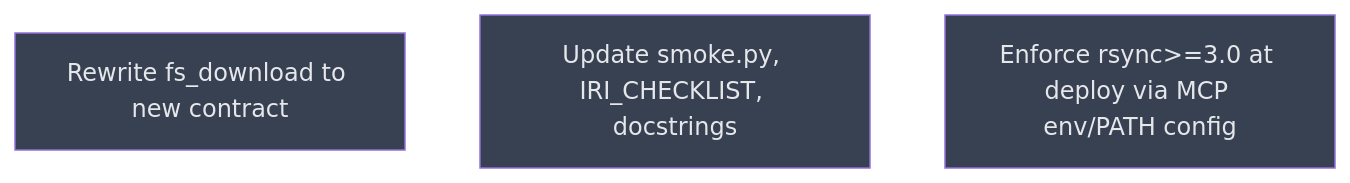
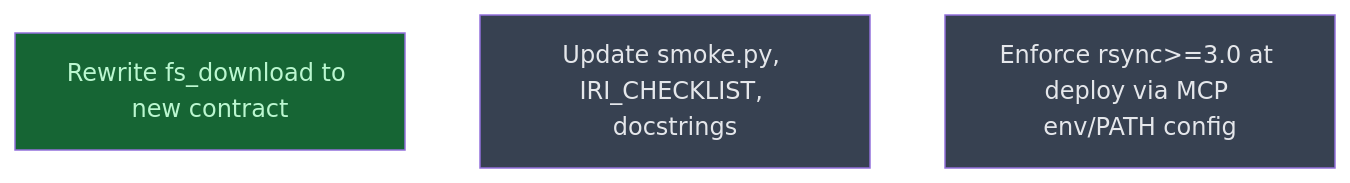
The diagram in __roadmap__/fs-download-rework/transports/benchmark/finalize/productionize/README.md (RIKEN-RCCS/Rikyu-Agent), drawn with Mermaid before and after one commit. The commit also changed other lines of this file, not shown here.

Commit message:
docs(roadmap): rewrite_tool done

````diff
--- a/__roadmap__/fs-download-rework/transports/benchmark/finalize/productionize/README.md
+++ b/__roadmap__/fs-download-rework/transports/benchmark/finalize/productionize/README.md
@@ -16,11 +16,11 @@
 ```mermaid
 graph TD
-    rewrite_tool[Rewrite fs_download to new contract]:::planned
+    rewrite_tool[Rewrite fs_download to new contract]:::done
     tests_and_docs[Update smoke.py, IRI_CHECKLIST, docstrings]:::planned
     deploy_rsync_env[Enforce rsync>=3.0 at deploy via MCP env/PATH config]:::planned
     classDef done       fill:#166534,color:#bbf7d0
     classDef inprogress fill:#854d0e,color:#fef08a
     classDef planned    fill:#374151,color:#e5e7eb
     classDef amendment  fill:#1e3a5f,color:#bfdbfe
     classDef blocked    fill:#7f1d1d,color:#fecaca
 ```
````
